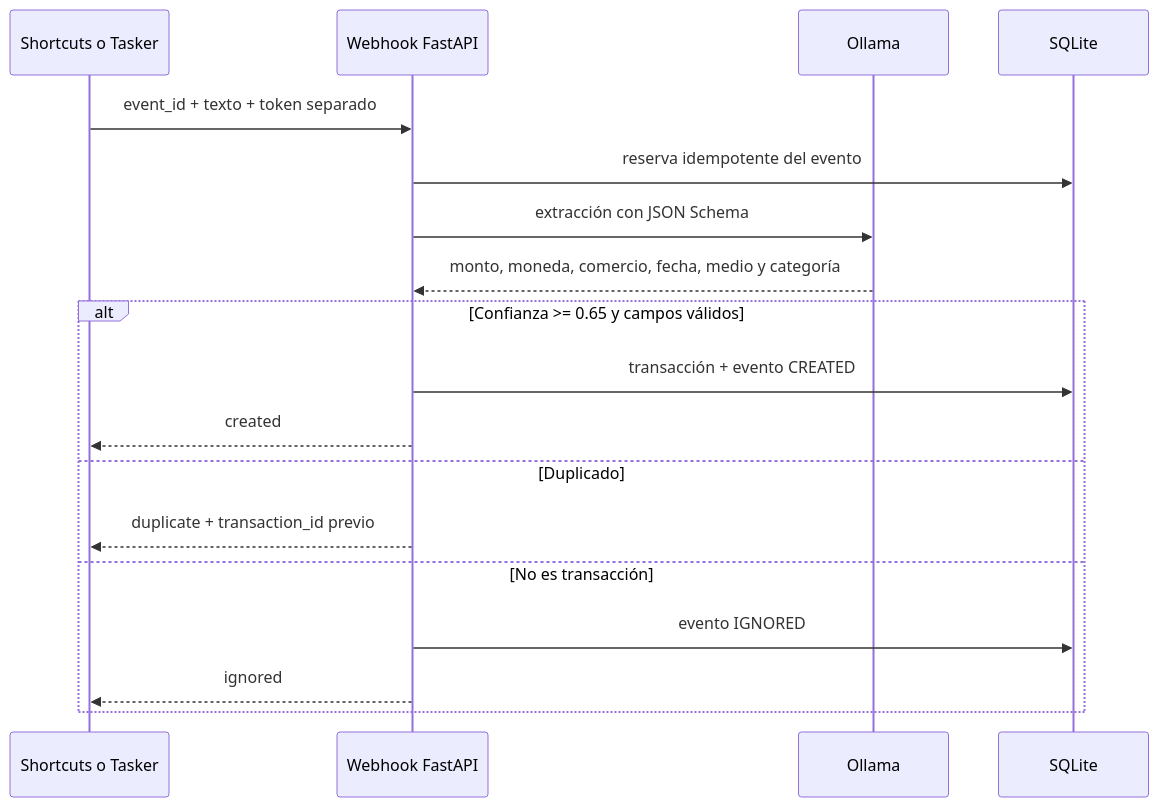
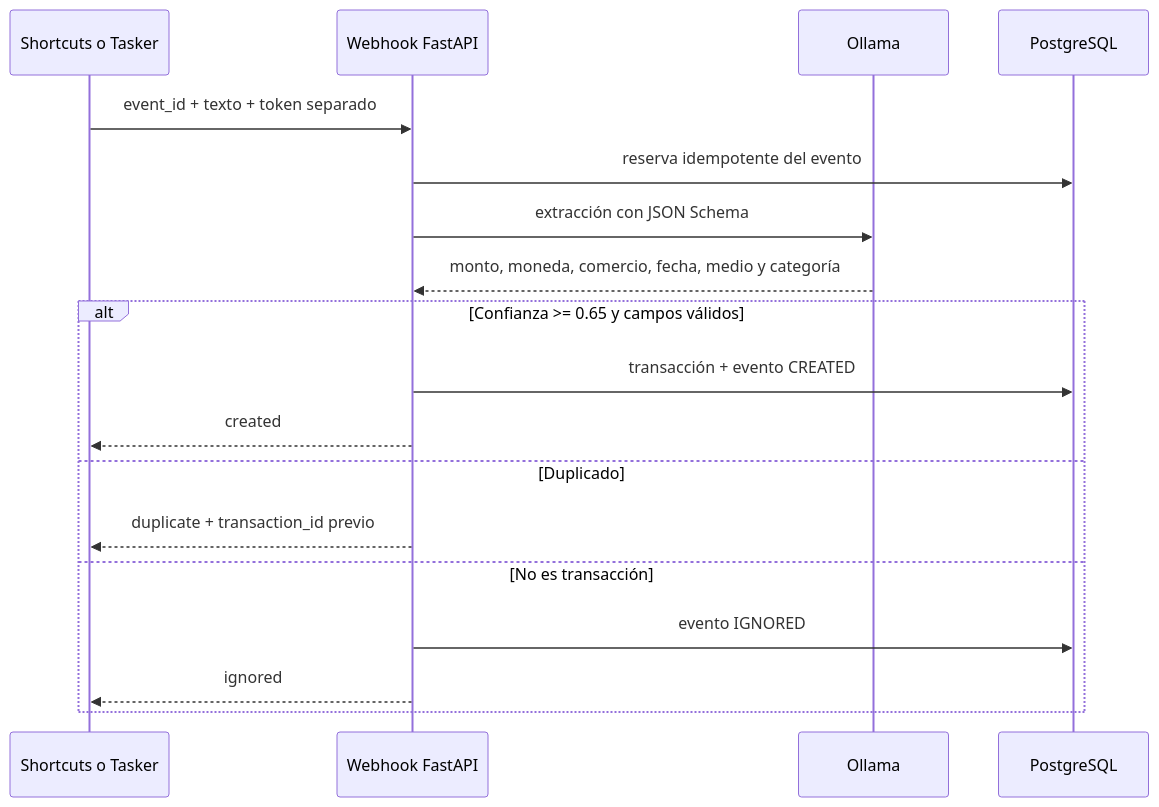
Before and after one commit to Juanes1707/jarvis-AI-assistant: the third of 4 diagrams in docs/MULTI_AGENT_BACKEND.md, drawn with Mermaid. The commit also changed other lines of this file and 44 other files, not shown here.

Commit message:
Implementación PostgreSQL

````diff
--- a/docs/MULTI_AGENT_BACKEND.md
+++ b/docs/MULTI_AGENT_BACKEND.md
@@ -61,20 +61,20 @@
 ```mermaid
 sequenceDiagram
     participant OS as Shortcuts o Tasker
     participant API as Webhook FastAPI
     participant L as Ollama
-    participant DB as SQLite
+    participant DB as PostgreSQL
     OS->>API: event_id + texto + token separado
     API->>DB: reserva idempotente del evento
     API->>L: extracción con JSON Schema
     L-->>API: monto, moneda, comercio, fecha, medio y categoría
     alt Confianza >= 0.65 y campos válidos
       API->>DB: transacción + evento CREATED
       API-->>OS: created
     else Duplicado
       API-->>OS: duplicate + transaction_id previo
     else No es transacción
       API->>DB: evento IGNORED
       API-->>OS: ignored
     end
 ```
````
